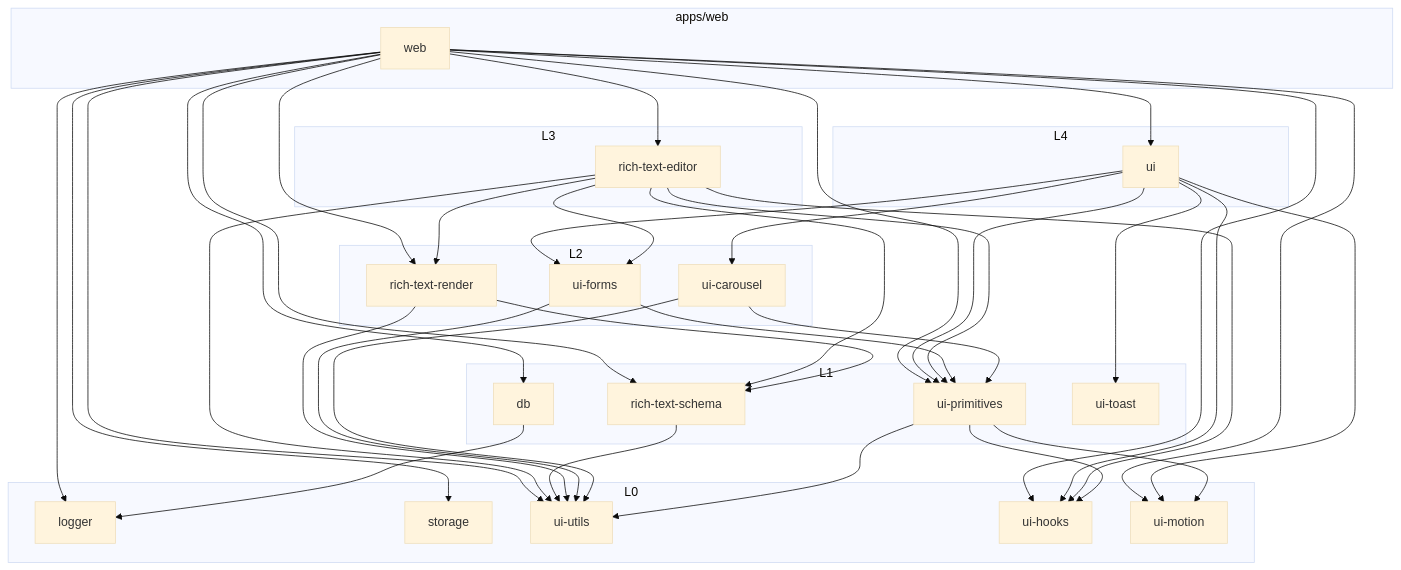
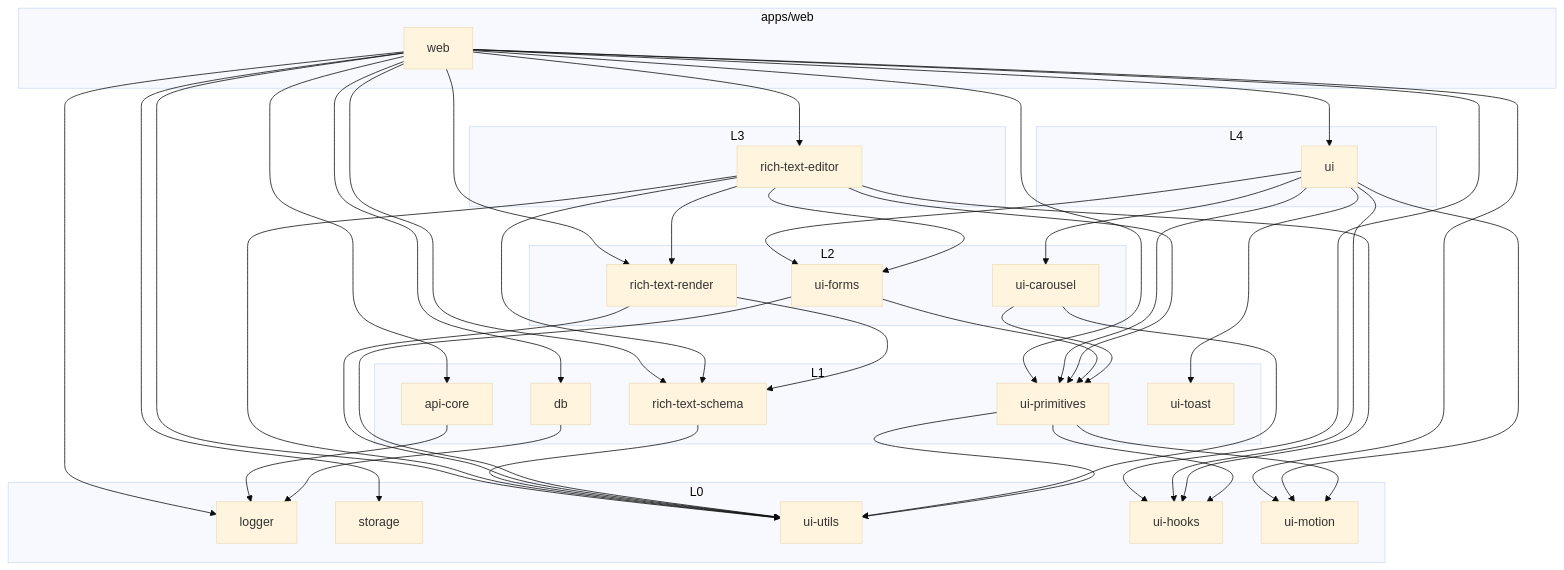
Before and after one commit to lthphuw/byte-of-me: the third of 9 diagrams in docs/architecture.md, drawn with Mermaid (base theme). The commit also changed other lines of this file and 207 other files, not shown here.

````diff
--- a/docs/architecture.md
+++ b/docs/architecture.md
@@ -176,65 +179,68 @@
 ```mermaid
 flowchart TB
     subgraph APP["apps/web"]
         WEB["web"]
     end
     subgraph L4["L4"]
         UI["ui"]
     end
     subgraph L3["L3"]
         EDITOR["rich-text-editor"]
     end
     subgraph L2["L2"]
         FORMS["ui-forms"]
         CAROUSEL["ui-carousel"]
         RENDER["rich-text-render"]
     end
     subgraph L1["L1"]
+        API["api-core"]
         DB["db"]
         SCHEMA["rich-text-schema"]
         PRIMS["ui-primitives"]
         TOAST["ui-toast"]
     end
     subgraph L0["L0"]
         LOG["logger"]
         ST["storage"]
         UTILS["ui-utils"]
         HOOKS["ui-hooks"]
         MOTION["ui-motion"]
     end
 
     WEB --> UI
     WEB --> EDITOR
+    WEB --> API
     WEB --> DB
     WEB --> ST
     WEB --> LOG
     WEB --> UTILS
     WEB --> HOOKS
     WEB --> MOTION
     WEB --> PRIMS
     WEB --> SCHEMA
     WEB --> RENDER
     UI --> HOOKS
     UI --> MOTION
     UI --> PRIMS
     UI --> TOAST
     UI --> FORMS
     UI --> CAROUSEL
     EDITOR --> SCHEMA
     EDITOR --> RENDER
     EDITOR --> UTILS
     EDITOR --> HOOKS
     EDITOR --> PRIMS
     EDITOR --> FORMS
     SCHEMA --> UTILS
     RENDER --> SCHEMA
     RENDER --> UTILS
     FORMS --> PRIMS
     FORMS --> UTILS
     CAROUSEL --> PRIMS
     CAROUSEL --> UTILS
     PRIMS --> UTILS
     PRIMS --> HOOKS
     PRIMS --> MOTION
+    API --> LOG
     DB --> LOG
 ```
````
